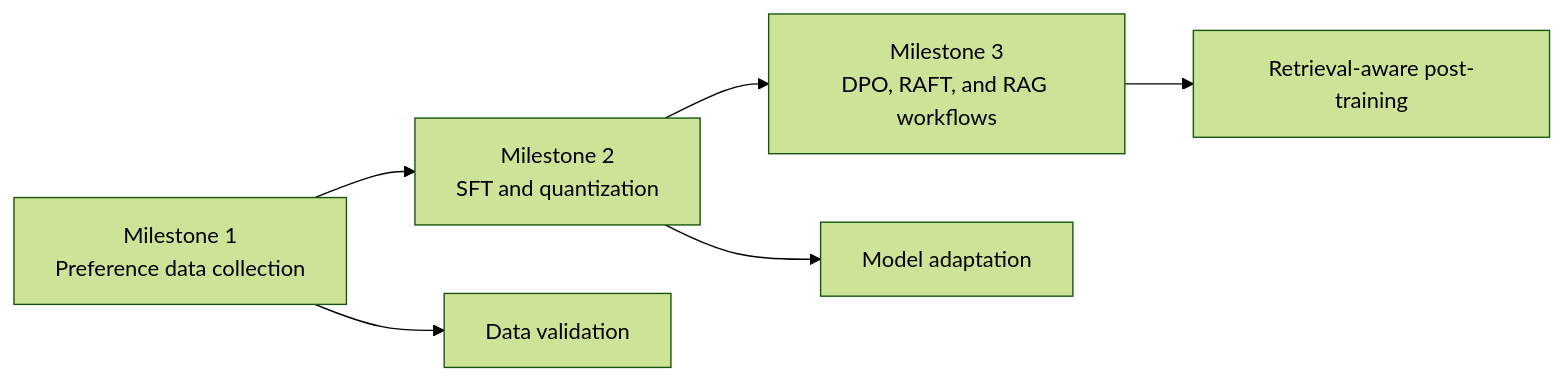
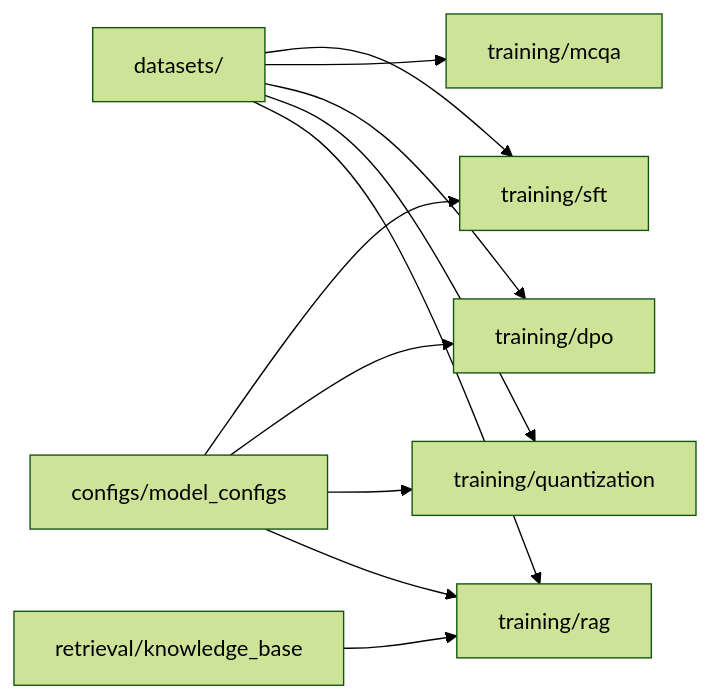
The first of 2 diagrams in README.md (EmaRimoldi/llm-post-training-recipes), drawn with Mermaid (forest theme) before and after one commit. The commit also changed other lines of this file and 108 other files, not shown here.

````diff
--- a/README.md
+++ b/README.md
@@ -24,8 +39,13 @@
 ```mermaid
 flowchart LR
-    A["Milestone 1<br/>Preference data collection"] --> B["Milestone 2<br/>SFT and quantization"]
-    B --> C["Milestone 3<br/>DPO, RAFT, and RAG workflows"]
-    A --> D["Data validation"]
-    B --> E["Model adaptation"]
-    C --> F["Retrieval-aware post-training"]
+    A["datasets/"] --> B["training/sft"]
+    A --> C["training/mcqa"]
+    A --> D["training/dpo"]
+    A --> E["training/quantization"]
+    A --> F["training/rag"]
+    G["retrieval/knowledge_base"] --> F
+    H["configs/model_configs"] --> B
+    H --> D
+    H --> E
+    H --> F
 ```
````
